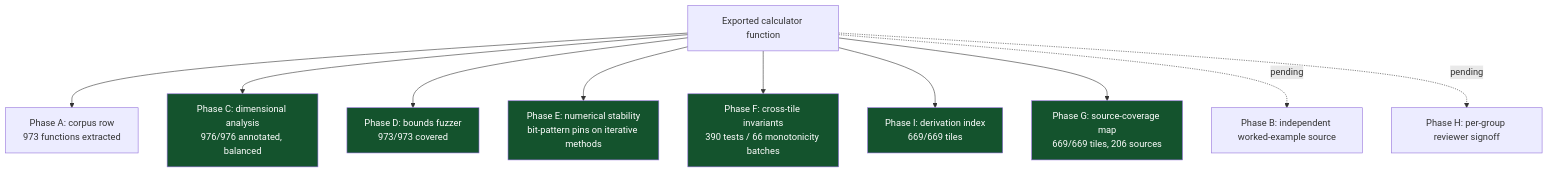
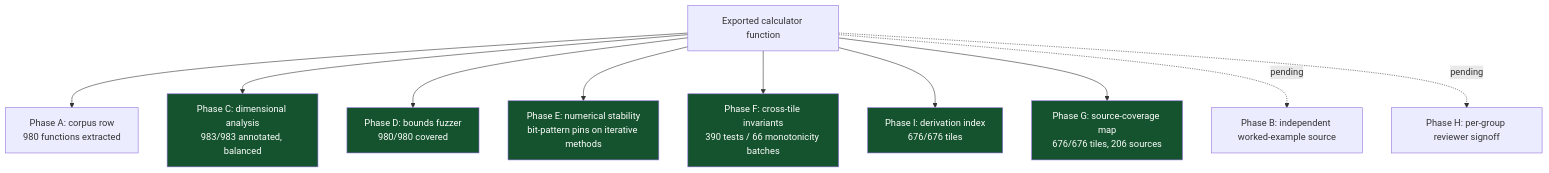
The sixth of 8 diagrams in README.md (clay-good/roughlogic.com), drawn with Mermaid before and after one commit. The commit also changed other lines of this file and 18 other files, not shown here.

````diff
--- a/README.md
+++ b/README.md
@@ -464,18 +466,18 @@
 ```mermaid
 flowchart TB
-    F[Exported calculator function] --> A[Phase A: corpus row\n973 functions extracted]
-    F --> C[Phase C: dimensional analysis\n976/976 annotated, balanced]
-    F --> D[Phase D: bounds fuzzer\n973/973 covered]
+    F[Exported calculator function] --> A[Phase A: corpus row\n980 functions extracted]
+    F --> C[Phase C: dimensional analysis\n983/983 annotated, balanced]
+    F --> D[Phase D: bounds fuzzer\n980/980 covered]
     F --> E[Phase E: numerical stability\nbit-pattern pins on iterative methods]
     F --> Fa[Phase F: cross-tile invariants\n390 tests / 66 monotonicity batches]
-    F --> I[Phase I: derivation index\n669/669 tiles]
-    F --> G[Phase G: source-coverage map\n669/669 tiles, 206 sources]
+    F --> I[Phase I: derivation index\n676/676 tiles]
+    F --> G[Phase G: source-coverage map\n676/676 tiles, 206 sources]
     F -.pending.-> B[Phase B: independent worked-example source]
     F -.pending.-> H[Phase H: per-group reviewer signoff]
     style C fill:#14532d,color:#fff
     style D fill:#14532d,color:#fff
     style E fill:#14532d,color:#fff
     style Fa fill:#14532d,color:#fff
     style G fill:#14532d,color:#fff
     style I fill:#14532d,color:#fff
 ```
````
